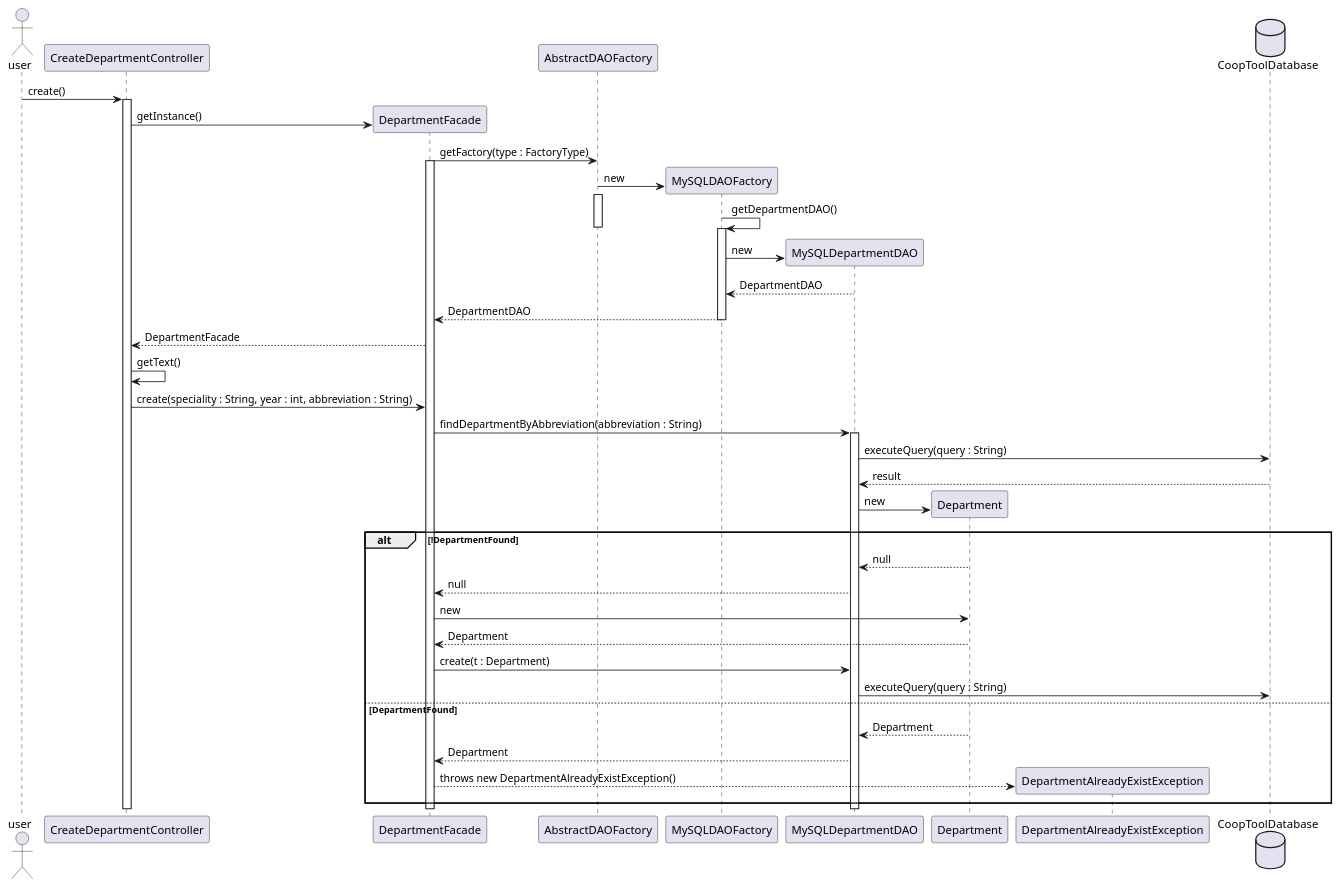
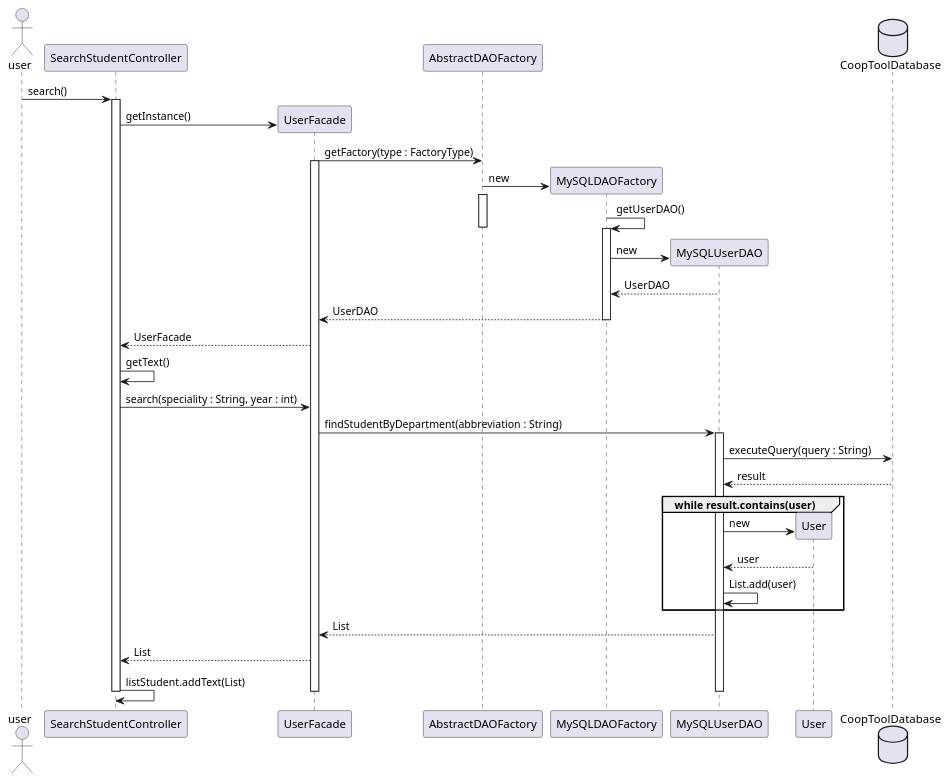
The diagram in ext/sequenceDiag/departmentManagementDiagram.puml (Guillaume-Dufour/coopToolProject), drawn with PlantUML before and after one commit.

Commit message:
SearchStudentByDepartment en cours

```diff
--- a/ext/sequenceDiag/departmentManagementDiagram.puml
+++ b/ext/sequenceDiag/departmentManagementDiagram.puml
@@ -1,58 +1,51 @@
 @startuml
 actor user
-participant CreateDepartmentController
-participant DepartmentFacade
+participant SearchStudentController
+participant UserFacade
 participant AbstractDAOFactory
 participant MySQLDAOFactory
-participant MySQLDepartmentDAO
-participant Department
-participant DepartmentAlreadyExistException
+participant MySQLUserDAO
+participant User
 database CoopToolDatabase
 
-user -> CreateDepartmentController : create()
-activate CreateDepartmentController
-create DepartmentFacade
-CreateDepartmentController -> DepartmentFacade  : getInstance()
-DepartmentFacade -> AbstractDAOFactory : getFactory(type : FactoryType)
-activate DepartmentFacade
+user -> SearchStudentController : search()
+activate SearchStudentController
+create UserFacade
+SearchStudentController -> UserFacade  : getInstance()
+UserFacade -> AbstractDAOFactory : getFactory(type : FactoryType)
+activate UserFacade
 create MySQLDAOFactory
 AbstractDAOFactory -> MySQLDAOFactory : new
 activate AbstractDAOFactory
-MySQLDAOFactory -> MySQLDAOFactory : getDepartmentDAO()
+MySQLDAOFactory -> MySQLDAOFactory : getUserDAO()
 deactivate AbstractDAOFactory
-create MySQLDepartmentDAO
+create MySQLUserDAO
 activate MySQLDAOFactory
-MySQLDAOFactory -> MySQLDepartmentDAO : new
-MySQLDepartmentDAO --> MySQLDAOFactory : DepartmentDAO
-MySQLDAOFactory --> DepartmentFacade : DepartmentDAO
+MySQLDAOFactory -> MySQLUserDAO : new
+MySQLUserDAO --> MySQLDAOFactory : UserDAO
+MySQLDAOFactory --> UserFacade : UserDAO
 deactivate MySQLDAOFactory
-DepartmentFacade --> CreateDepartmentController : DepartmentFacade
-CreateDepartmentController -> CreateDepartmentController : getText()
+UserFacade --> SearchStudentController : UserFacade
+SearchStudentController -> SearchStudentController : getText()
 
-CreateDepartmentController -> DepartmentFacade : create(speciality : String, year : int, abbreviation : String)
-DepartmentFacade -> MySQLDepartmentDAO : findDepartmentByAbbreviation(abbreviation : String)
-activate MySQLDepartmentDAO
-MySQLDepartmentDAO -> CoopToolDatabase : executeQuery(query : String)
-CoopToolDatabase --> MySQLDepartmentDAO : result
-create Department
-MySQLDepartmentDAO -> Department: new
+SearchStudentController -> UserFacade : search(speciality : String, year : int)
+UserFacade -> MySQLUserDAO : findStudentByDepartment(abbreviation : String)
+activate MySQLUserDAO
+MySQLUserDAO -> CoopToolDatabase : executeQuery(query : String)
+CoopToolDatabase --> MySQLUserDAO : result
 
-alt !DepartmentFound
-    Department --> MySQLDepartmentDAO : null
-    MySQLDepartmentDAO --> DepartmentFacade : null
-    DepartmentFacade -> Department : new
-    Department --> DepartmentFacade : Department
-    DepartmentFacade -> MySQLDepartmentDAO : create(t : Department)
-    MySQLDepartmentDAO -> CoopToolDatabase : executeQuery(query : String)
-else DepartmentFound
-    Department --> MySQLDepartmentDAO : Department
-    MySQLDepartmentDAO --> DepartmentFacade : Department
-    create DepartmentAlreadyExistException
-    DepartmentFacade --> DepartmentAlreadyExistException : throws new DepartmentAlreadyExistException()
+create User
+group while result.contains(user)
+    MySQLUserDAO -> User : new
+    User --> MySQLUserDAO : user
+    MySQLUserDAO -> MySQLUserDAO : List.add(user)
 end
+    MySQLUserDAO --> UserFacade : List
+    UserFacade --> SearchStudentController : List
+    SearchStudentController -> SearchStudentController : listStudent.addText(List)
 
-deactivate CreateDepartmentController
-deactivate DepartmentFacade
-deactivate MySQLDepartmentDAO
+deactivate SearchStudentController
+deactivate UserFacade
+deactivate MySQLUserDAO
 
 @enduml
```
